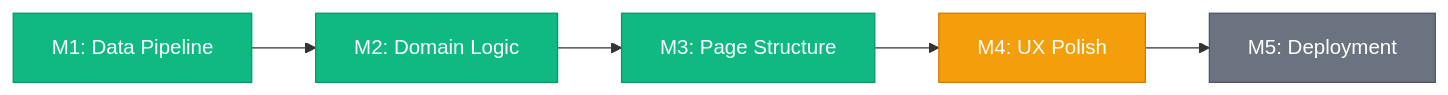
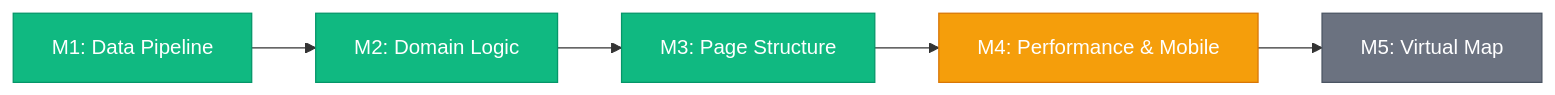
One commit to a06073123/hkg-flight-viewer changed the first of 2 diagrams in MILESTONE.md. Above: the diagram before and after it, drawn with Mermaid. The commit also changed other lines of this file and 3 other files, not shown here.

````diff
--- a/MILESTONE.md
+++ b/MILESTONE.md
@@ -7,11 +7,11 @@
 ```mermaid
 flowchart LR
     M1[M1: Data Pipeline]:::done --> M2[M2: Domain Logic]:::done
     M2 --> M3[M3: Page Structure]:::done
-    M3 --> M4[M4: UX Polish]:::active
-    M4 --> M5[M5: Deployment]:::planned
+    M3 --> M4[M4: Performance & Mobile]:::active
+    M4 --> M5[M5: Virtual Map]:::planned
 
     classDef done fill:#10b981,stroke:#059669,color:white
     classDef active fill:#f59e0b,stroke:#d97706,color:white
     classDef planned fill:#6b7280,stroke:#4b5563,color:white
 ```
````
